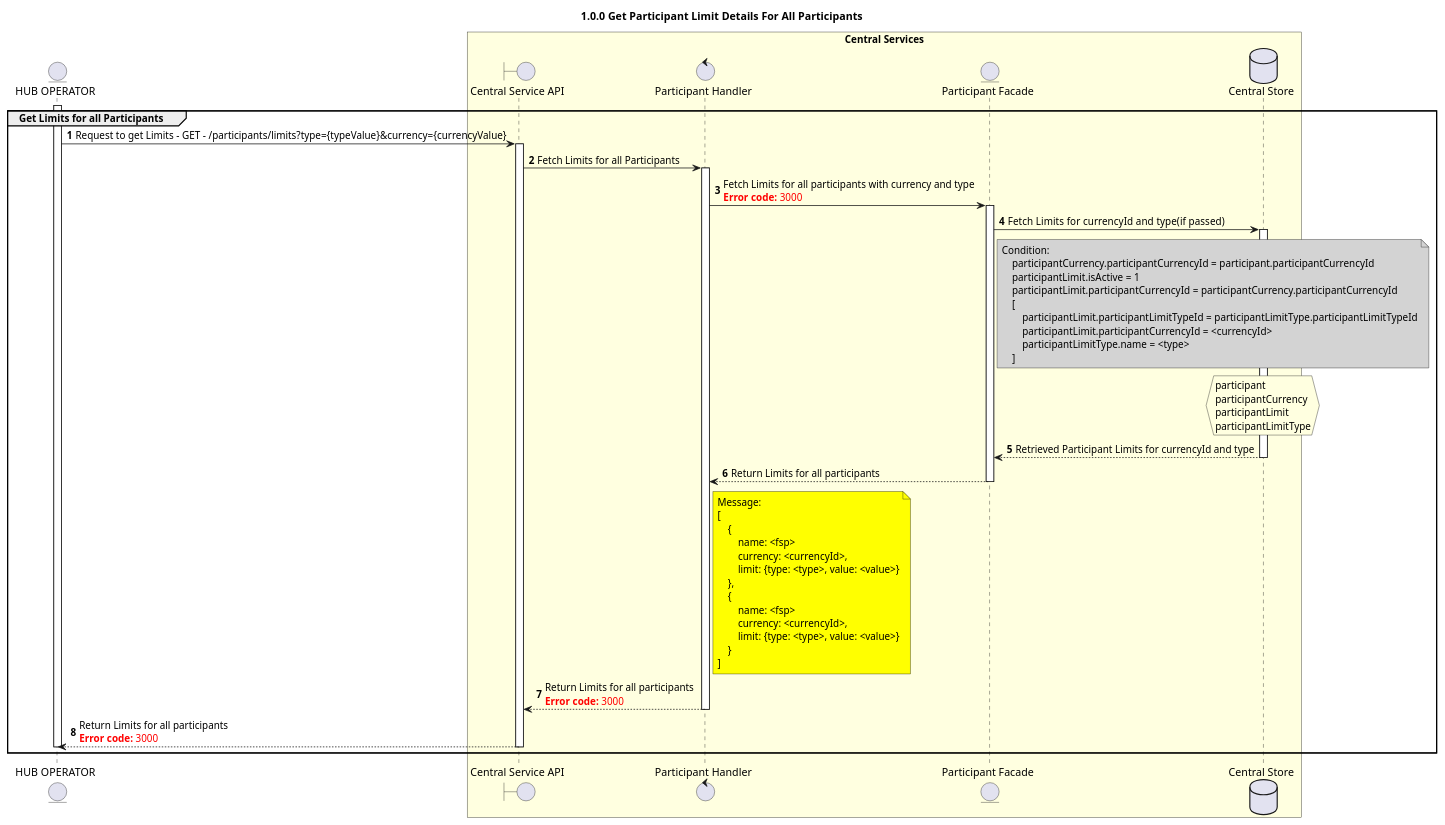
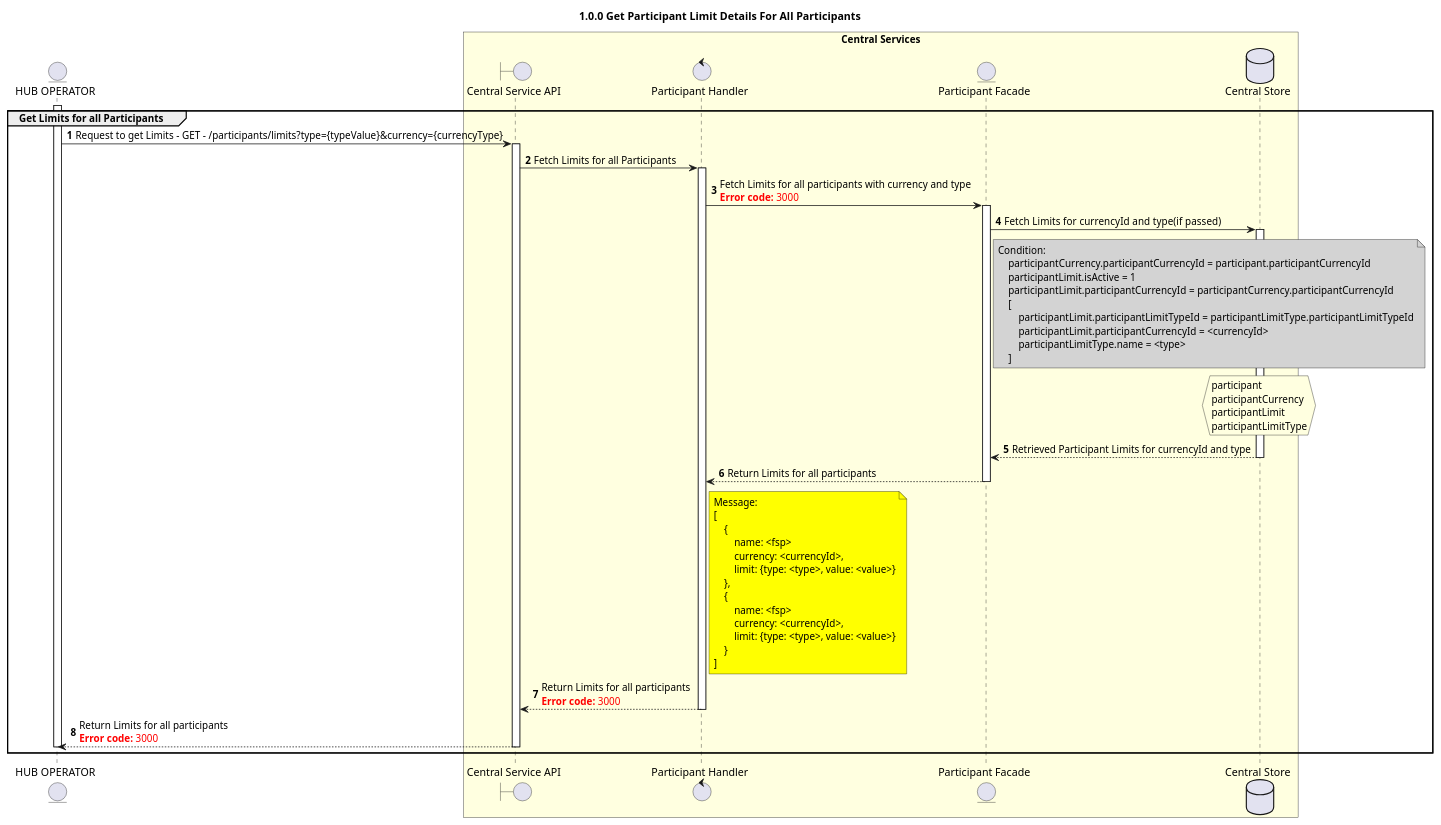
The diagram in Diagrams/SequenceDiagrams/seq-get-all-participant-limit-1.0.0.plantuml (almatari1/docs-1), drawn with PlantUML before and after one commit. The commit also changed 1 other file, not shown here.

Commit message:
changed currencyValue to currencyType

```diff
--- a/Diagrams/SequenceDiagrams/seq-get-all-participant-limit-1.0.0.plantuml
+++ b/Diagrams/SequenceDiagrams/seq-get-all-participant-limit-1.0.0.plantuml
@@ -25,87 +25,87 @@
 @startuml
 ' declate title
 title 1.0.0 Get Participant Limit Details For All Participants
 
 autonumber
 
 
 ' Actor Keys:
 ' boundary - APIs/Interfaces, etc
 ' collections - Kafka Topics
 ' control - Kafka Consumers
 ' entity - Database Access Objects
 ' database - Database Persistance Store
 
 ' declare actors
 entity "HUB OPERATOR" as OPERATOR
 boundary "Central Service API" as CSAPI
 control "Participant Handler" as PARTICIPANT_HANDLER
 entity "Central Service API" as CSAPI
 entity "Participant Facade" as PARTICIPANT_DAO
 database "Central Store" as DB
 
 box "Central Services" #LightYellow
 participant CSAPI
 participant PARTICIPANT_HANDLER
 participant PARTICIPANT_DAO
 participant DB
 end box
 
 ' start flow
 
 activate OPERATOR
 group Get Limits for all Participants
-    OPERATOR -> CSAPI: Request to get Limits - GET - /participants/limits?type={typeValue}&currency={currencyValue}
+    OPERATOR -> CSAPI: Request to get Limits - GET - /participants/limits?type={typeValue}&currency={currencyType}
     activate CSAPI
     CSAPI -> PARTICIPANT_HANDLER: Fetch Limits for all Participants
     activate PARTICIPANT_HANDLER
         PARTICIPANT_HANDLER ->PARTICIPANT_DAO: Fetch Limits for all participants with currency and type \n<color #FF0000><b>Error code:</b> 3000</color>
         activate PARTICIPANT_DAO
         PARTICIPANT_DAO ->DB: Fetch Limits  for currencyId and type(if passed)
         note right of PARTICIPANT_DAO #lightgrey
             Condition:
                 participantCurrency.participantCurrencyId = participant.participantCurrencyId
                 participantLimit.isActive = 1
                 participantLimit.participantCurrencyId = participantCurrency.participantCurrencyId
                 [   
                     participantLimit.participantLimitTypeId = participantLimitType.participantLimitTypeId
                     participantLimit.participantCurrencyId = <currencyId>
                     participantLimitType.name = <type>
                 ]
         end note
 
         activate DB
         hnote over DB #lightyellow
                 participant
                 participantCurrency
                 participantLimit
                 participantLimitType
         end note
         DB --> PARTICIPANT_DAO: Retrieved Participant Limits for currencyId and type
         deactivate DB
         PARTICIPANT_DAO -->PARTICIPANT_HANDLER: Return Limits for all participants
         deactivate PARTICIPANT_DAO
         note right of PARTICIPANT_HANDLER #yellow
                 Message:
                 [   
                     {   
                         name: <fsp>
                         currency: <currencyId>,
                         limit: {type: <type>, value: <value>}
                     },
                     {   
                         name: <fsp>
                         currency: <currencyId>,
                         limit: {type: <type>, value: <value>}
                     }
                 ]
         end note
         PARTICIPANT_HANDLER -->CSAPI: Return Limits for all participants \n<color #FF0000><b>Error code:</b> 3000</color>
         deactivate PARTICIPANT_HANDLER
         CSAPI -->OPERATOR: Return Limits for all participants \n<color #FF0000><b>Error code:</b> 3000</color>
 
     deactivate CSAPI
     deactivate OPERATOR
 end
 
 @enduml
```
